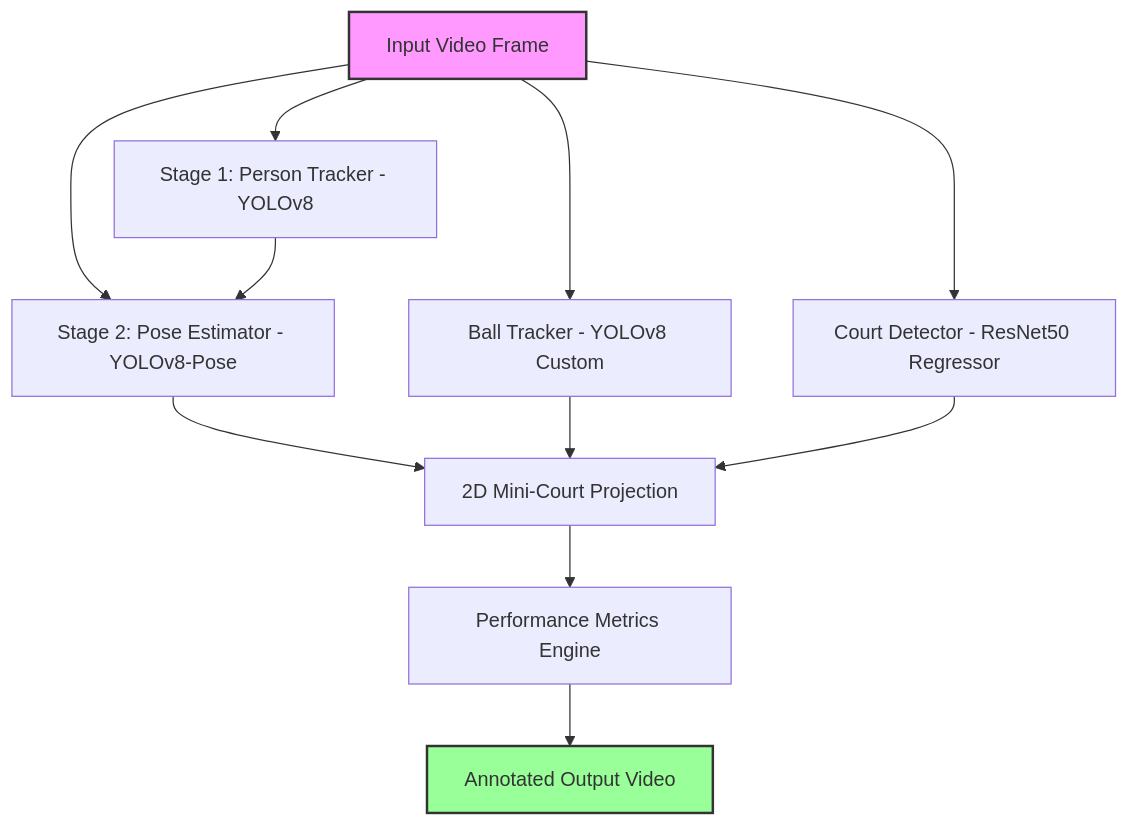
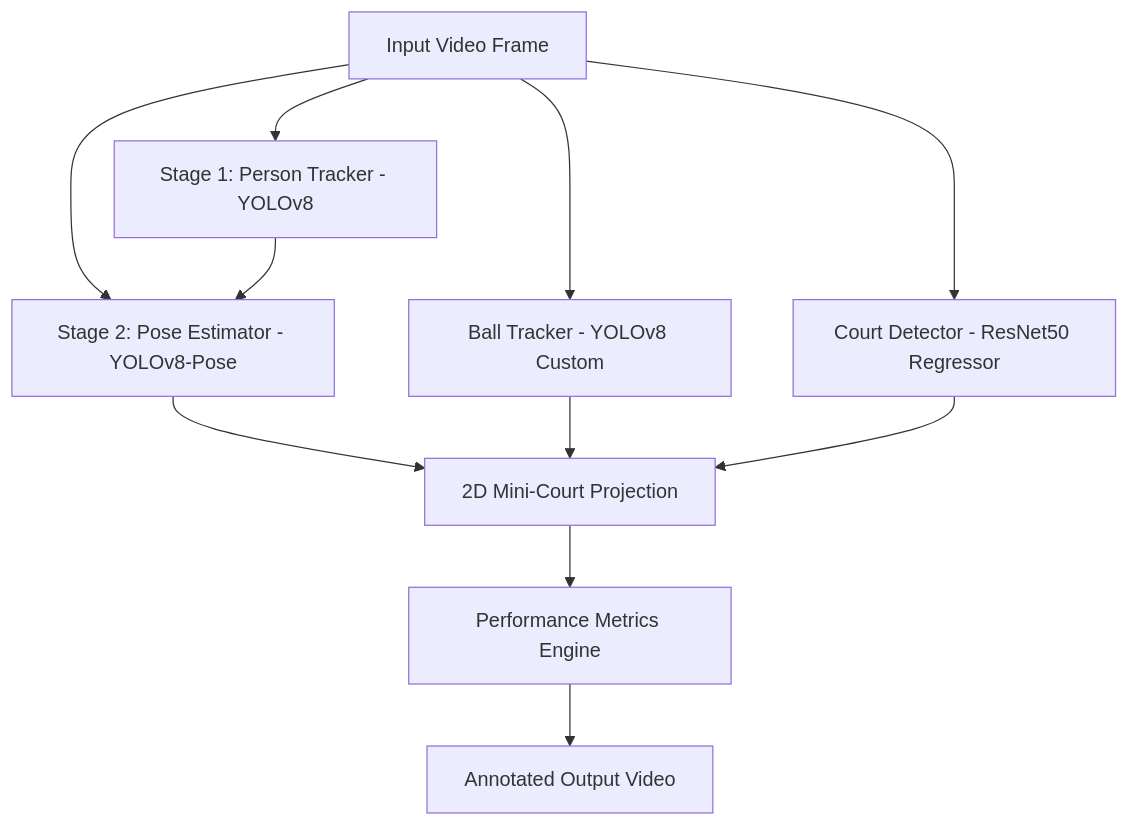
One commit to pluckyx/tennis_analysis_using_YOLO changed the diagram in README.md. Above: the diagram before and after it, drawn with Mermaid.

Commit message:
style: remove green and purple colors from Mermaid pipeline flowchart in README

````diff
--- a/README.md
+++ b/README.md
@@ -11,18 +11,16 @@
 ```mermaid
 graph TD
     A[Input Video Frame] --> B1[Stage 1: Person Tracker - YOLOv8]
     A --> B2[Stage 2: Pose Estimator - YOLOv8-Pose]
     A --> C[Ball Tracker - YOLOv8 Custom]
     A --> D[Court Detector - ResNet50 Regressor]
     
     B1 --> B2
     B2 --> E[2D Mini-Court Projection]
     C --> E
     D --> E
     
     E --> F[Performance Metrics Engine]
     F --> G[Annotated Output Video]
     
-    style A fill:#f9f,stroke:#333,stroke-width:2px
-    style G fill:#9f9,stroke:#333,stroke-width:2px
 ```
````
